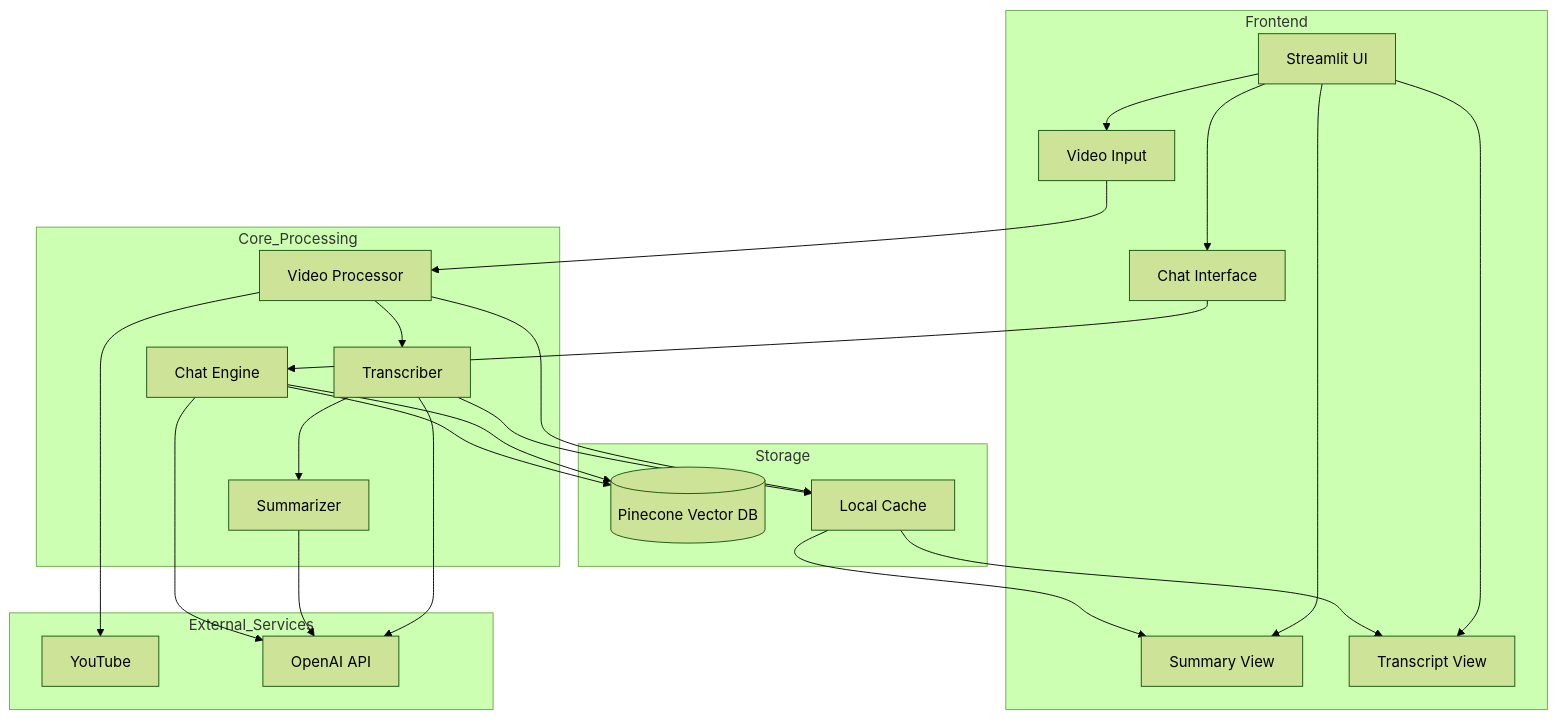
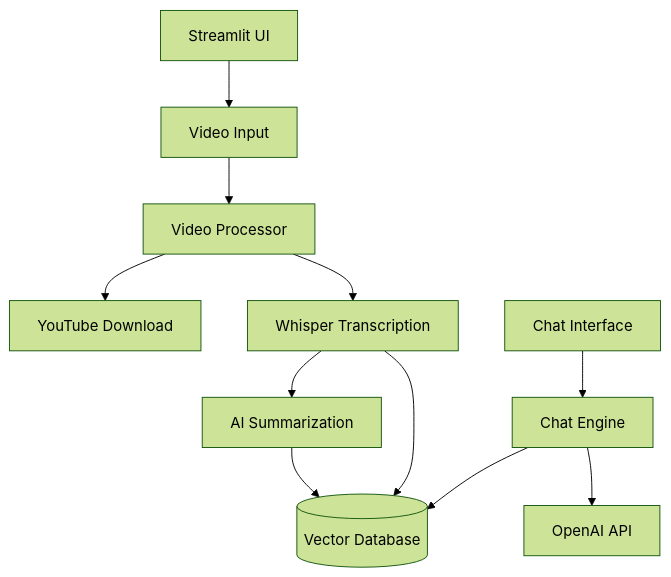
The diagram in README.md (riyanshibohra/VideoMind-AI), drawn with Mermaid (forest theme) before and after one commit.

````diff
--- a/README.md
+++ b/README.md
@@ -36,41 +36,15 @@
 ```mermaid
 graph TD
-    subgraph Frontend
-        A[Streamlit UI] --> B[Video Input]
-        A --> C[Summary View]
-        A --> D[Chat Interface]
-        A --> E[Transcript View]
-    end
-
-    subgraph Core_Processing
-        F[Video Processor]
-        G[Transcriber]
-        H[Summarizer]
-        I[Chat Engine]
-    end
-
-    subgraph Storage
-        J[(Pinecone Vector DB)]
-        K[Local Cache]
-    end
-
-    subgraph External_Services
-        L[YouTube]
-        M[OpenAI API]
-    end
-
-    B --> F
-    F --> L
-    F --> G
-    G --> M
-    G --> H
-    H --> M
-    F --> K
-    G --> K
-    I --> J
-    D --> I
-    I --> M
-    I --> J
-    K --> C
-    K --> E
+    A[Streamlit UI] --> B[Video Input]
+    B --> C[Video Processor]
+    C --> D[YouTube Download]
+    C --> E[Whisper Transcription]
+    E --> F[AI Summarization]
+    
+    G[Chat Interface] --> H[Chat Engine]
+    H --> I[(Vector Database)]
+    H --> J[OpenAI API]
+    
+    E --> I
+    F --> I
 ```
````
